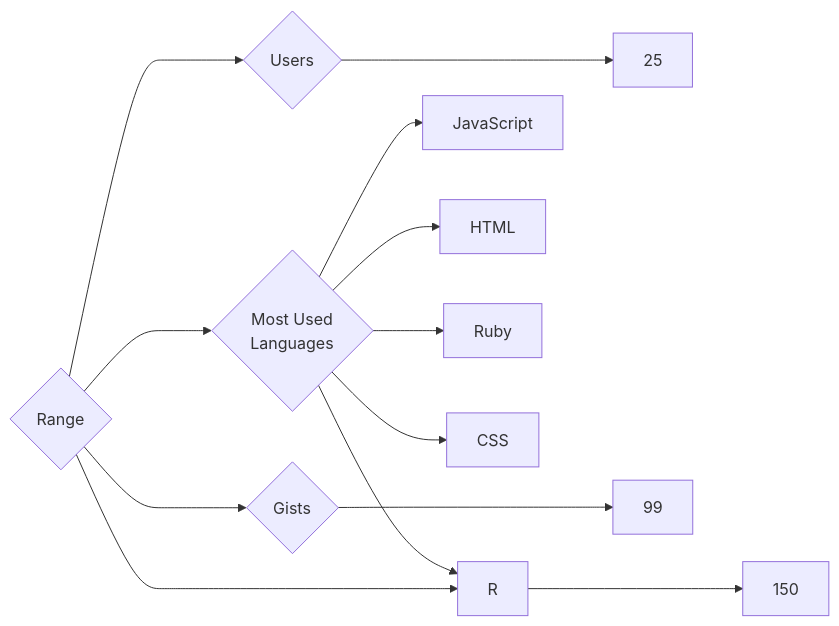
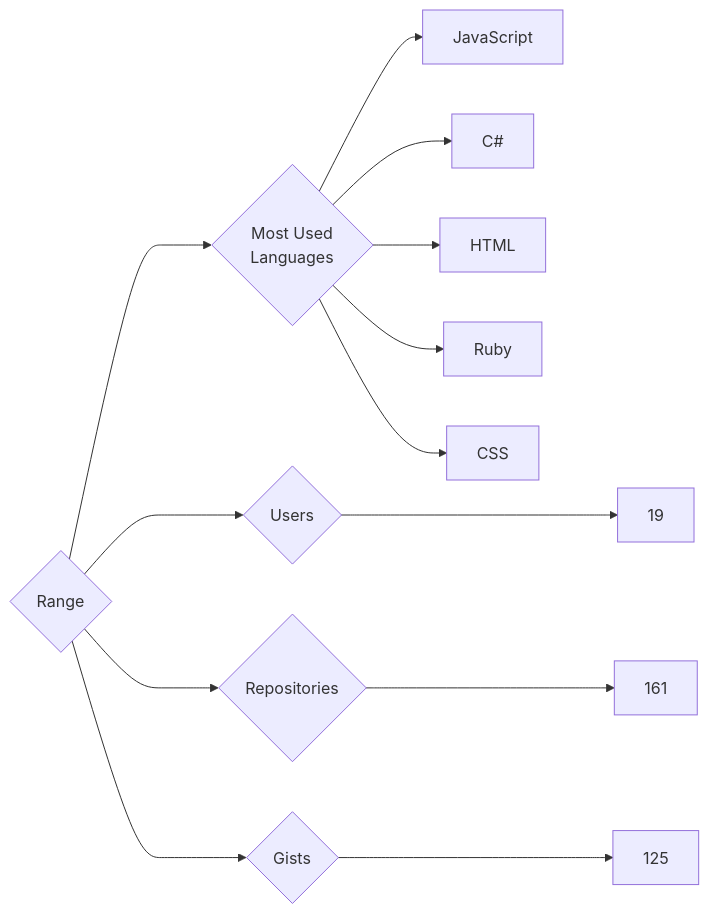
Before and after one commit to trickest/insiders: the diagram in targets/Range/README.md, drawn with Mermaid. The commit also changed 964 other files, not shown here.

````diff
--- a/targets/Range/README.md
+++ b/targets/Range/README.md
@@ -3,13 +3,13 @@
 ```mermaid
 graph LR
 COMPANY_NAME{Range}
-COMPANY_NAME ---> U{Users} ---> UN[25]
-COMPANY_NAME ---> R{Repositories} ---> RN[150]
-COMPANY_NAME ---> G{Gists} ---> GN[99]
+COMPANY_NAME ---> U{Users} ---> UN[19]
+COMPANY_NAME ---> R{Repositories} ---> RN[161]
+COMPANY_NAME ---> G{Gists} ---> GN[125]
 COMPANY_NAME ---> ML{Most Used<br>Languages}
 ML --> JavaScript[JavaScript]
+ML --> C#[C#]
 ML --> HTML[HTML]
-ML --> R[R]
 ML --> Ruby[Ruby]
 ML --> CSS[CSS]
 ```
````
